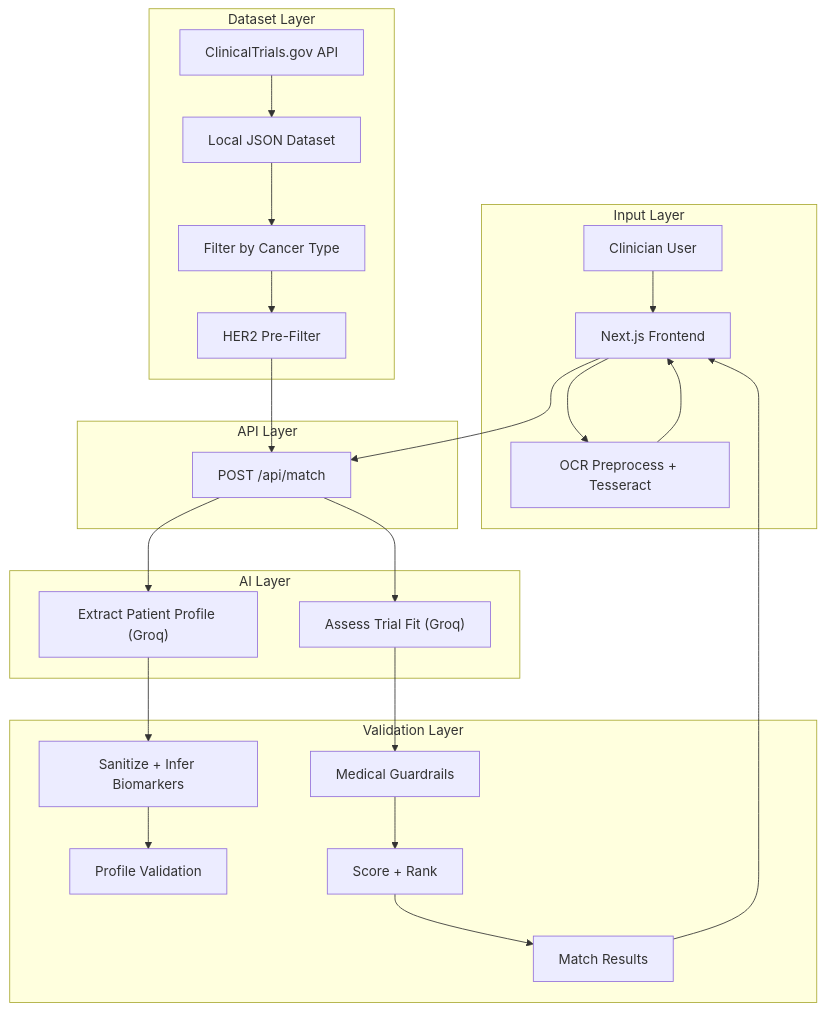
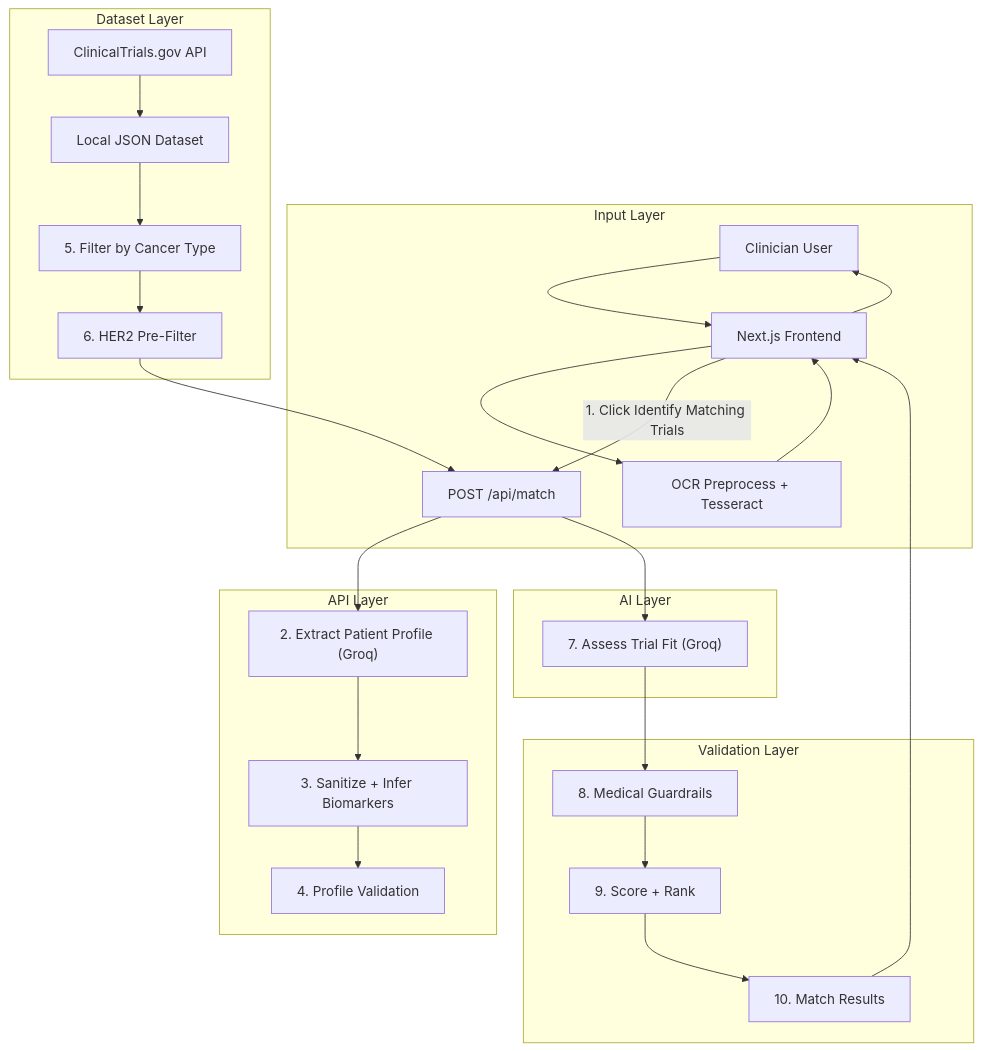
The diagram in README.md (SamMintah/MatchEngine-Oncology), drawn with Mermaid before and after one commit.

Commit message:
Enhance README with Dataset Layer and AI Layer updates
Added Dataset Layer and updated AI Layer components in the diagram.

````diff
--- a/README.md
+++ b/README.md
@@ -54,34 +54,35 @@
 ```mermaid
 flowchart TB
   subgraph Input_Layer["Input Layer"]
     U["Clinician User"] --> F["Next.js Frontend"]
     F --> OCR["OCR Preprocess + Tesseract"]
     OCR --> F
+    F -->|1. Click Identify Matching Trials| ROUTE["POST /api/match"]
   end
 
   subgraph API_Layer["API Layer"]
-    F --> ROUTE["POST /api/match"]
-  end
-
-  subgraph AI_Layer["AI Layer"]
-    ROUTE --> EX["Extract Patient Profile (Groq)"]
-    ROUTE --> ASS["Assess Trial Fit (Groq)"]
-  end
-
-  subgraph Validation_Layer["Validation Layer"]
-    EX --> SAN["Sanitize + Infer Biomarkers"]
-    SAN --> VAL["Profile Validation"]
-    ASS --> GR["Medical Guardrails"]
-    GR --> SCORE["Score + Rank"]
-    SCORE --> OUT["Match Results"]
+    ROUTE --> EX["2. Extract Patient Profile (Groq)"]
+    EX --> SAN["3. Sanitize + Infer Biomarkers"]
+    SAN --> VAL["4. Profile Validation"]
   end
 
   subgraph Dataset_Layer["Dataset Layer"]
     DATA["ClinicalTrials.gov API"] --> DB["Local JSON Dataset"]
-    DB --> CT["Filter by Cancer Type"]
-    CT --> H2["HER2 Pre-Filter"]
+    DB --> CT["5. Filter by Cancer Type"]
+    CT --> H2["6. HER2 Pre-Filter"]
     H2 --> ROUTE
   end
 
+  subgraph AI_Layer["AI Layer"]
+    ROUTE --> ASS["7. Assess Trial Fit (Groq)"]
+  end
+
+  subgraph Validation_Layer["Validation Layer"]
+    ASS --> GR["8. Medical Guardrails"]
+    GR --> SCORE["9. Score + Rank"]
+    SCORE --> OUT["10. Match Results"]
+  end
+
   OUT --> F
+  F --> U
 ```
````
